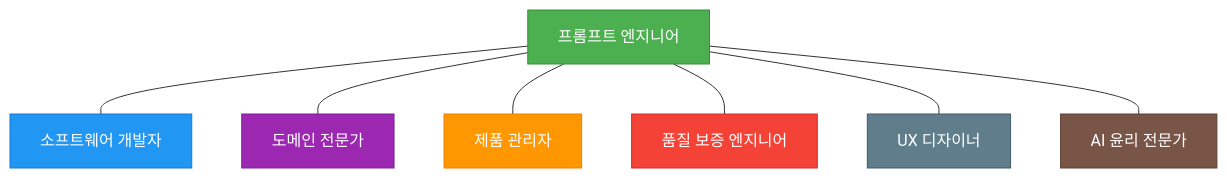
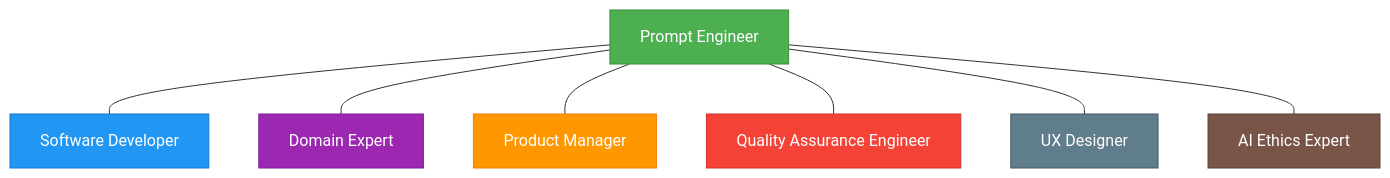
Before and after one commit to bbalganjjm/prompt-driven-development: the second of 4 diagrams in 6.prompt-driven-development-methodology-review.md, drawn with Mermaid. The commit also changed other lines of this file and 3 other files, not shown here.

````diff
--- a/6.prompt-driven-development-methodology-review.md
+++ b/6.prompt-driven-development-methodology-review.md
@@ -112,17 +111,16 @@
 ```mermaid
 graph TD
-    A[프롬프트 엔지니어] --- B[소프트웨어 개발자]
-    A --- C[도메인 전문가]
-    A --- D[제품 관리자]
-    A --- E[품질 보증 엔지니어]
-    A --- F[UX 디자이너]
-    A --- G[AI 윤리 전문가]
-    
+    A[Prompt Engineer] --- B[Software Developer]
+    A --- C[Domain Expert]
+    A --- D[Product Manager]
+    A --- E[Quality Assurance Engineer]
+    A --- F[UX Designer]
+    A --- G[AI Ethics Expert]
     style A fill:#4CAF50,stroke:#388E3C,color:white
     style B fill:#2196F3,stroke:#1976D2,color:white
     style C fill:#9C27B0,stroke:#7B1FA2,color:white
     style D fill:#FF9800,stroke:#F57C00,color:white
     style E fill:#F44336,stroke:#D32F2F,color:white
     style F fill:#607D8B,stroke:#455A64,color:white
     style G fill:#795548,stroke:#5D4037,color:white
 ```
````
